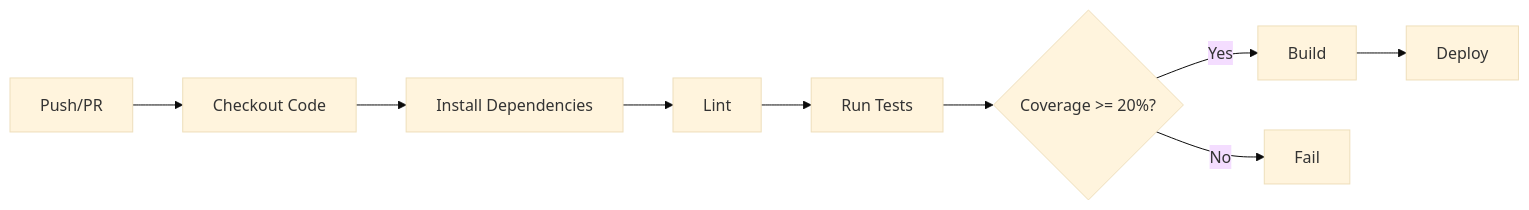
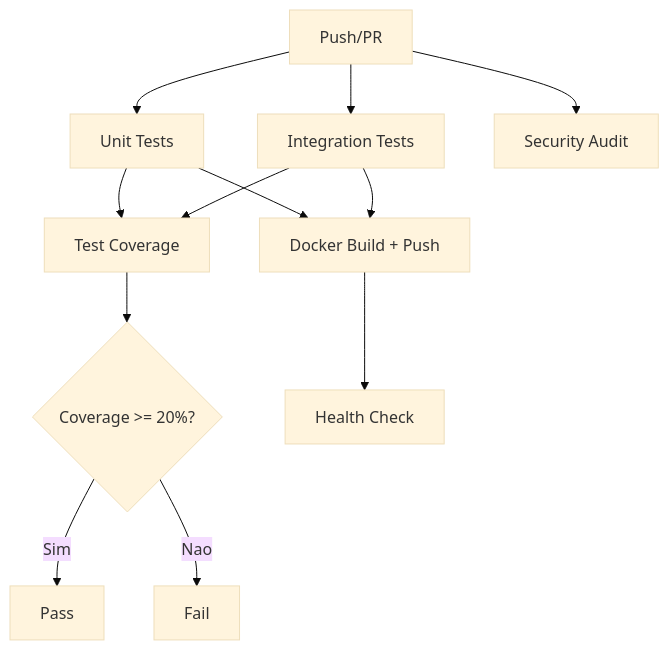
One commit to natanjunior/8FSDT-tech-challenge-2 changed the sixth of 6 diagrams in README.md. Above: the diagram before and after it, drawn with Mermaid (base theme). The commit also changed other lines of this file and 1 other file, not shown here.

Commit message:
Ajustes no readme e implementação de tag and push para o Docker Hub

````diff
--- a/README.md
+++ b/README.md
@@ -1123,11 +1138,14 @@
 ```mermaid
-graph LR
-    A[Push/PR] --> B[Checkout Code]
-    B --> C[Install Dependencies]
-    C --> D[Lint]
-    D --> E[Run Tests]
-    E --> F{Coverage >= 20%?}
-    F -->|Yes| G[Build]
-    F -->|No| H[Fail]
-    G --> I[Deploy]
+graph TD
+    A[Push/PR] --> B[Unit Tests]
+    A --> C[Integration Tests]
+    A --> E[Security Audit]
+    B --> D[Test Coverage]
+    C --> D
+    B --> F[Docker Build + Push]
+    C --> F
+    D --> G{Coverage >= 20%?}
+    G -->|Sim| H[Pass]
+    G -->|Nao| I[Fail]
+    F --> J[Health Check]
 ```
````
